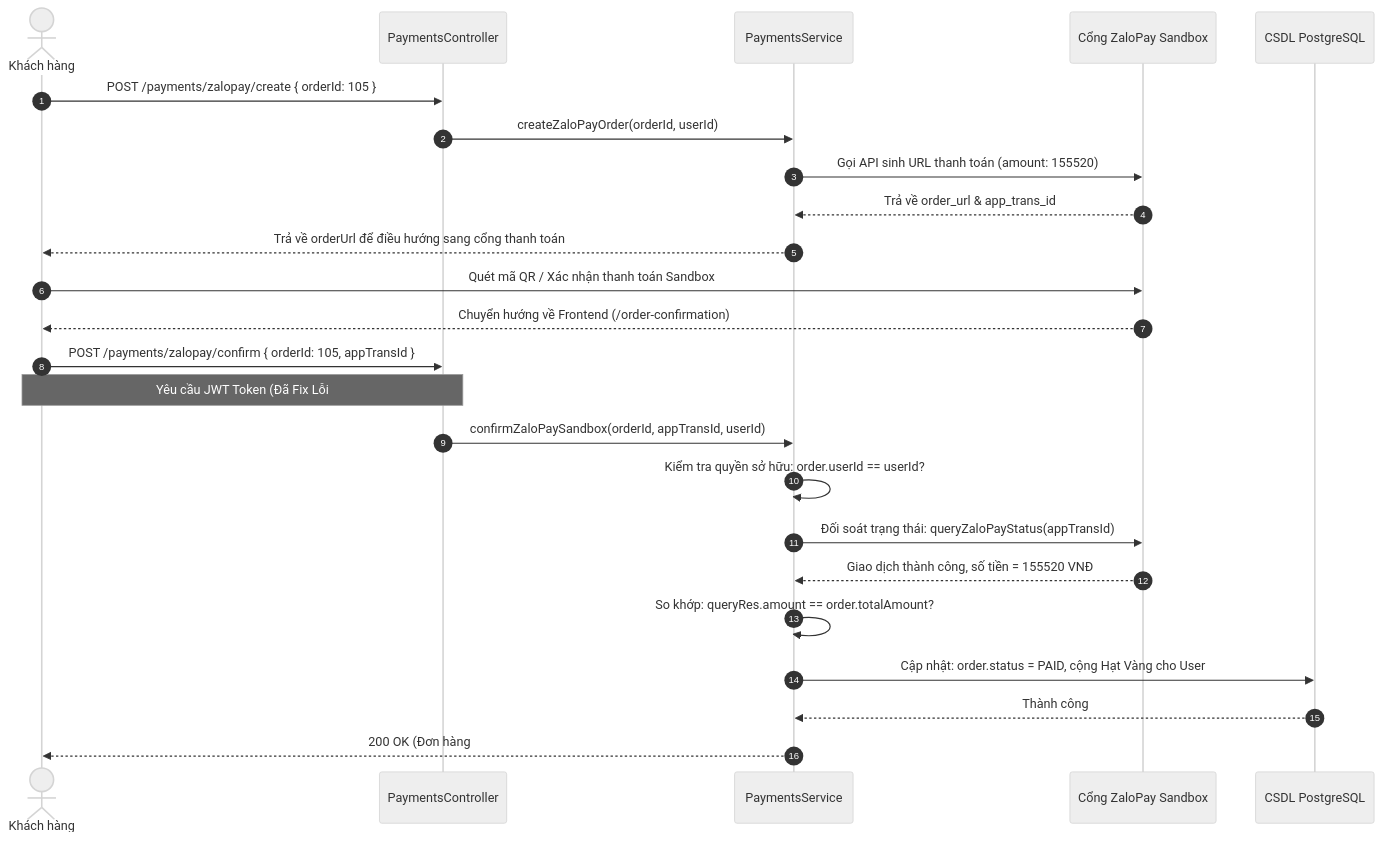
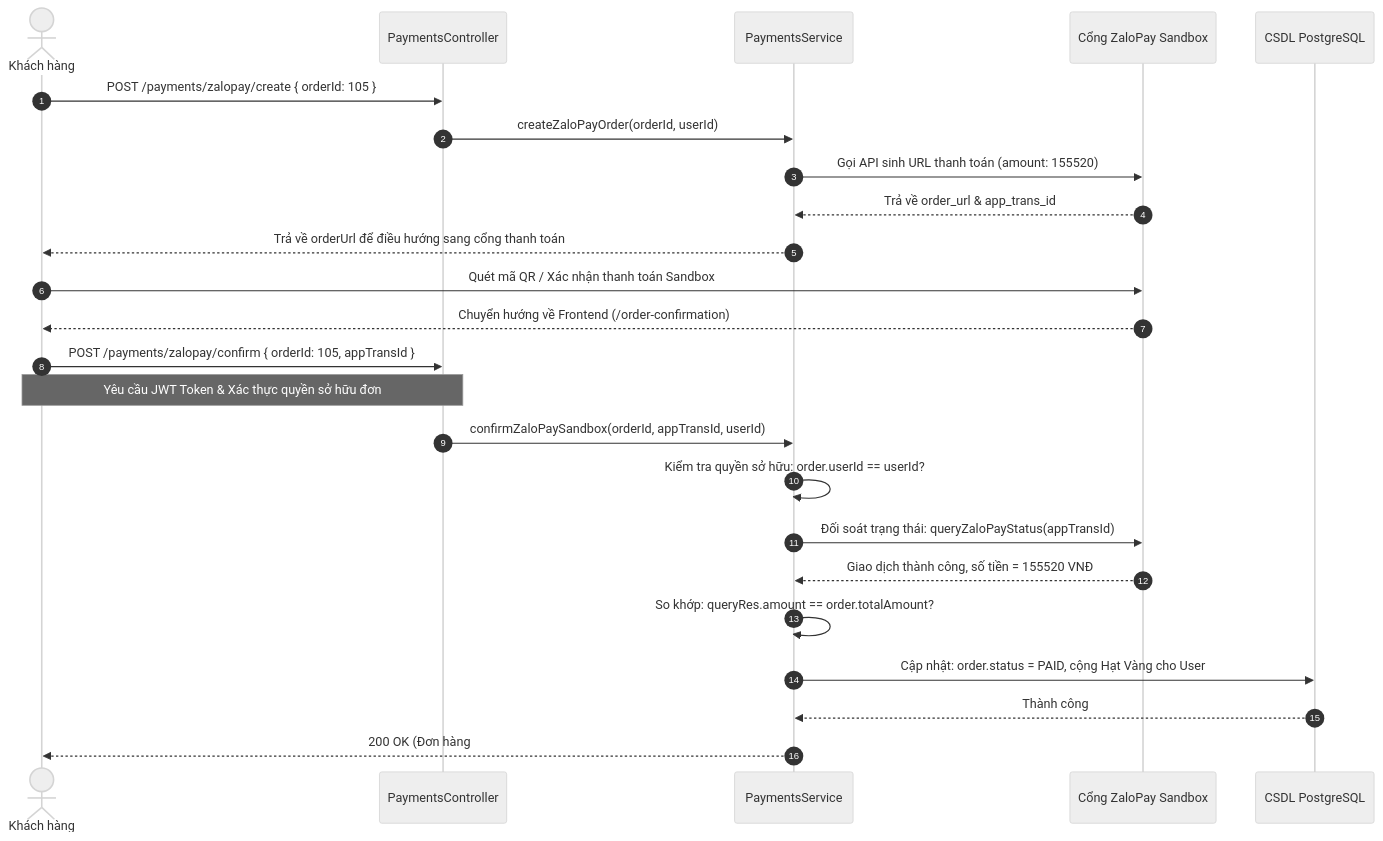
Before and after one commit to MaGiaVy/BrewLite: the second of 2 diagrams in BAO_CAO_API.md, drawn with Mermaid (neutral theme). The commit also changed other lines of this file and 26 other files, not shown here.

````diff
--- a/BAO_CAO_API.md
+++ b/BAO_CAO_API.md
@@ -693,31 +771,31 @@
 ```mermaid
 sequenceDiagram
     autonumber
     actor User as Khách hàng
     participant PayCtrl as PaymentsController
     participant PaySvc as PaymentsService
     participant ZaloGateway as Cổng ZaloPay Sandbox
     participant DB as CSDL PostgreSQL
 
     User->>PayCtrl: POST /payments/zalopay/create { orderId: 105 }
     PayCtrl->>PaySvc: createZaloPayOrder(orderId, userId)
     PaySvc->>ZaloGateway: Gọi API sinh URL thanh toán (amount: 155520)
     ZaloGateway-->>PaySvc: Trả về order_url & app_trans_id
     PaySvc-->>User: Trả về orderUrl để điều hướng sang cổng thanh toán
 
     User->>ZaloGateway: Quét mã QR / Xác nhận thanh toán Sandbox
     ZaloGateway-->>User: Chuyển hướng về Frontend (/order-confirmation)
 
     User->>PayCtrl: POST /payments/zalopay/confirm { orderId: 105, appTransId }
-    Note over User,PayCtrl: Yêu cầu JWT Token (Đã Fix Lỗi #2)
+    Note over User,PayCtrl: Yêu cầu JWT Token & Xác thực quyền sở hữu đơn
     PayCtrl->>PaySvc: confirmZaloPaySandbox(orderId, appTransId, userId)
     
     PaySvc->>PaySvc: Kiểm tra quyền sở hữu: order.userId == userId?
     PaySvc->>ZaloGateway: Đối soát trạng thái: queryZaloPayStatus(appTransId)
     ZaloGateway-->>PaySvc: Giao dịch thành công, số tiền = 155520 VNĐ
     PaySvc->>PaySvc: So khớp: queryRes.amount == order.totalAmount?
     
     PaySvc->>DB: Cập nhật: order.status = PAID, cộng Hạt Vàng cho User
     DB-->>PaySvc: Thành công
     PaySvc-->>User: 200 OK (Đơn hàng #105 đã thanh toán, cộng 155 Hạt Vàng)
 ```
````
